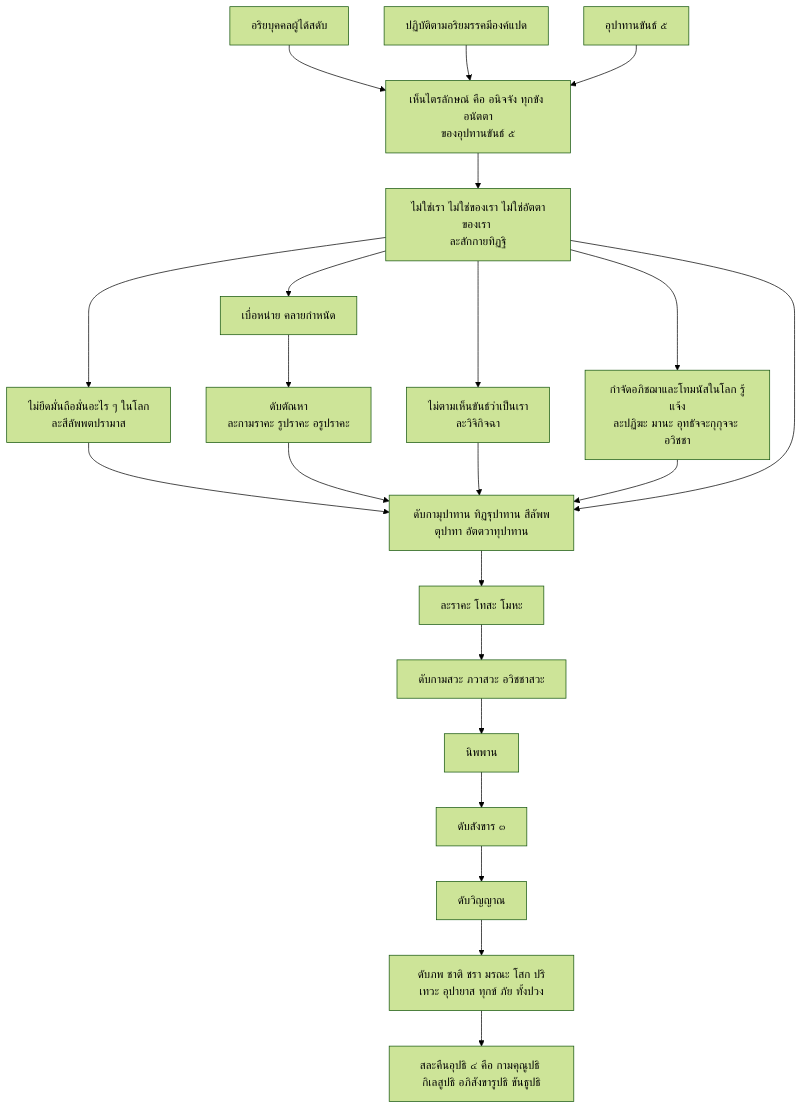
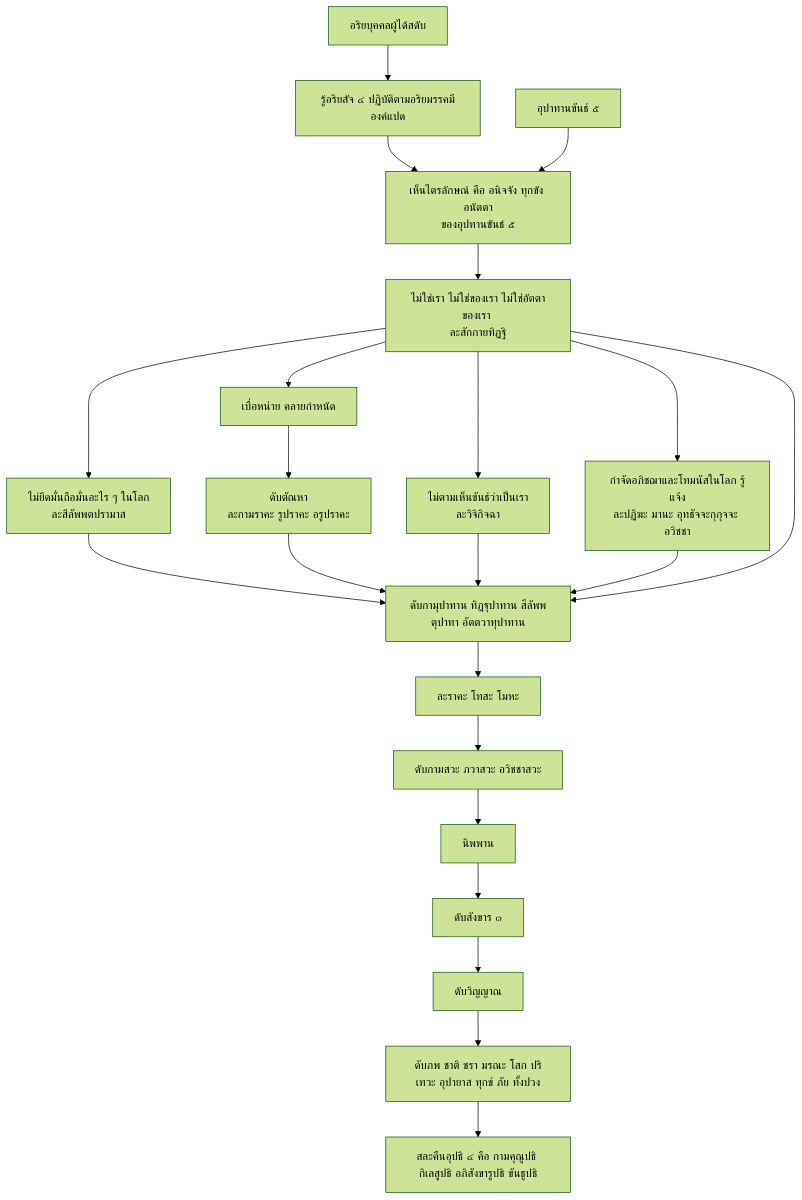
One commit to Kietpawpan/buddism changed the second of 2 diagrams in README.md. Above: the diagram before and after it, drawn with Mermaid (forest theme).

````diff
--- a/README.md
+++ b/README.md
@@ -36,12 +36,12 @@
 ```mermaid
 flowchart TD
-AR[อริยบุคคลผู้ได้สดับ]-->Q
-MK[ปฏิบัติตามอริยมรรคมีองค์แปด]-->Q
+AR[อริยบุคคลผู้ได้สดับ]-->MK
+MK[รู้อริยสัจ ๔ ปฏิบัติตามอริยมรรคมีองค์แปด]-->Q
 P[อุปาทานขันธ์ ๕]-->Q[เห็นไตรลักษณ์ คือ อนิจจัง ทุกขัง อนัตตา\nของอุปทานขันธ์ ๕]-->R[ไม่ใช่เรา ไม่ใช่ของเรา ไม่ใช่อัตตาของเรา \nละสักกายทิฏฐิ]
 R-->U[ไม่ยึดมั่นถือมั่นอะไร ๆ ในโลก \nละสีลัพพตปรามาส]-->W[ดับกามุปาทาน ทิฏฐุปาทาน สีลัพพตุปาทา อัตตวาทุปาทาน]-->AA[ละราคะ โทสะ โมหะ]-->AB[ดับกามสวะ ภวาสวะ อวิชชาสวะ]-->X[นิพพาน]-->V[ดับสังขาร ๓]-->AD[ดับวิญญาณ]-->AC[ดับภพ ชาติ ชรา มรณะ โสก ปริเทวะ อุปายาส ทุกข์ ภัย ทั้งปวง]-->UP[สละคืนอุปธิ ๔ คือ กามคุณูปธิ กิเลสูปธิ อภิสังขารูปธิ ขันธูปธิ]
 R-->S[เบื่อหน่าย คลายกำหนัด]-->T[ดับตัณหา \nละกามราคะ รูปราคะ อรูปราคะ]
 T-->W
 R-->Y[ไม่ตามเห็นขันธ์ว่าเป็นเรา \nละวิจิกิจฉา]-->W
 R-->Z[กำจัดอภิชฌาและโทมนัสในโลก รู้แจ้ง\nละปฏิฆะ มานะ อุทธัจจะกุกุจจะ อวิชชา]-->W
 R-->W
 ```
````
